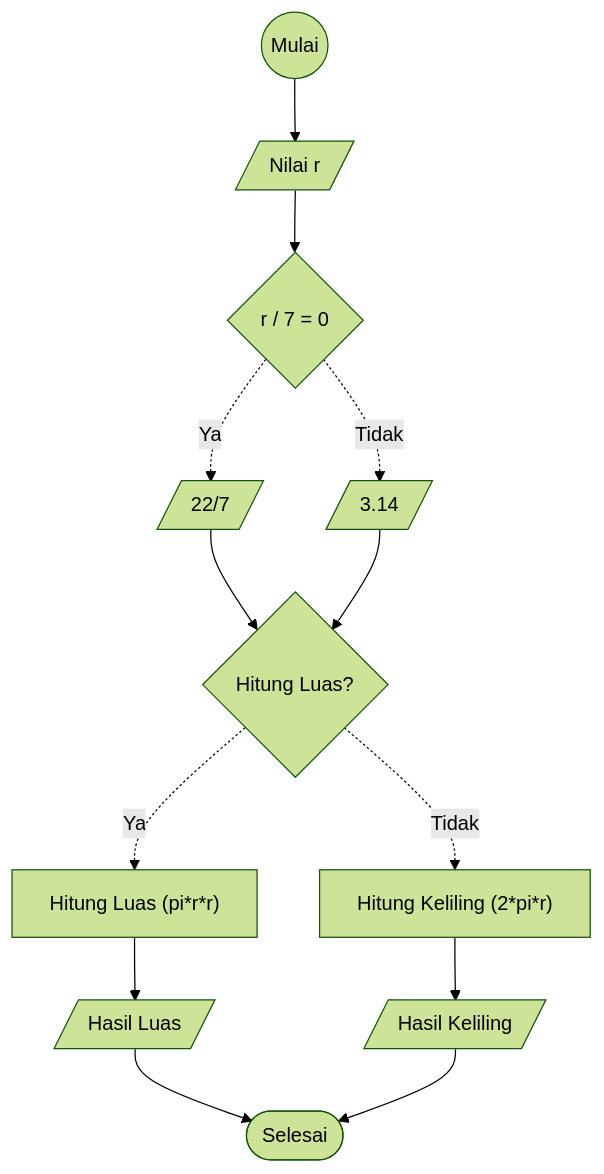
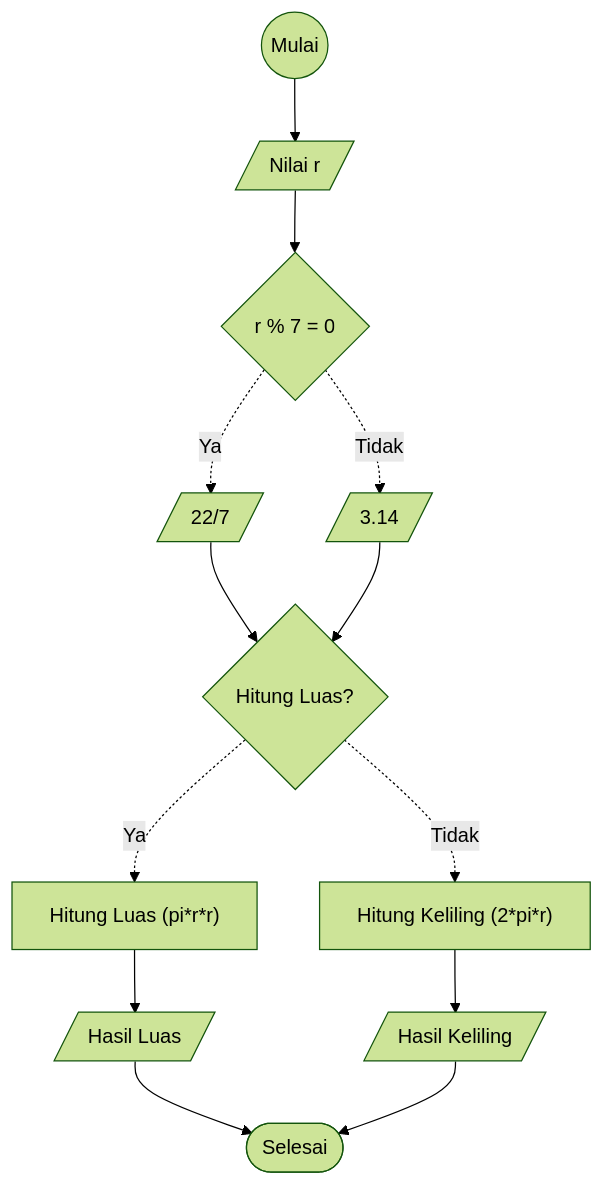
One commit to mfchrzlmzakky/koda-b1-algorithm changed the diagram in koda-b1-deskriptif-algorithm-luas-keliling-lingkaran.md. Above: the diagram before and after it, drawn with Mermaid (forest theme). The commit also changed other lines of this file, not shown here.

````diff
--- a/koda-b1-deskriptif-algorithm-luas-keliling-lingkaran.md
+++ b/koda-b1-deskriptif-algorithm-luas-keliling-lingkaran.md
@@ -17,30 +17,30 @@
-``` mermaid
+```mermaid
 
 flowchart TB
 
 start((Mulai))
 r[/Nilai r/]
-cek/7{r / 7 = 0}
+cek/7{r % 7 = 0}
 pi1[/22/7/]
 pi2[/3.14/]
 cekhitungapa{Hitung Luas?}
 hitungluas["Hitung Luas (pi*r*r)"]
 hitungkeliling["Hitung Keliling (2*pi*r)"]
 tampilluas[/Hasil Luas/]
 tampilkeliling[/Hasil Keliling/]
 selesai([Selesai])
 
 start --> r
 r --> cek/7
 cek/7 -. Ya .-> pi1
 cek/7 -. Tidak .-> pi2
 pi1 --> cekhitungapa
 pi2 --> cekhitungapa
 cekhitungapa -. Ya .-> hitungluas
 cekhitungapa -. Tidak .-> hitungkeliling
 hitungluas --> tampilluas
 hitungkeliling --> tampilkeliling
 tampilluas --> selesai
 tampilkeliling --> selesai
 
 ```
````
